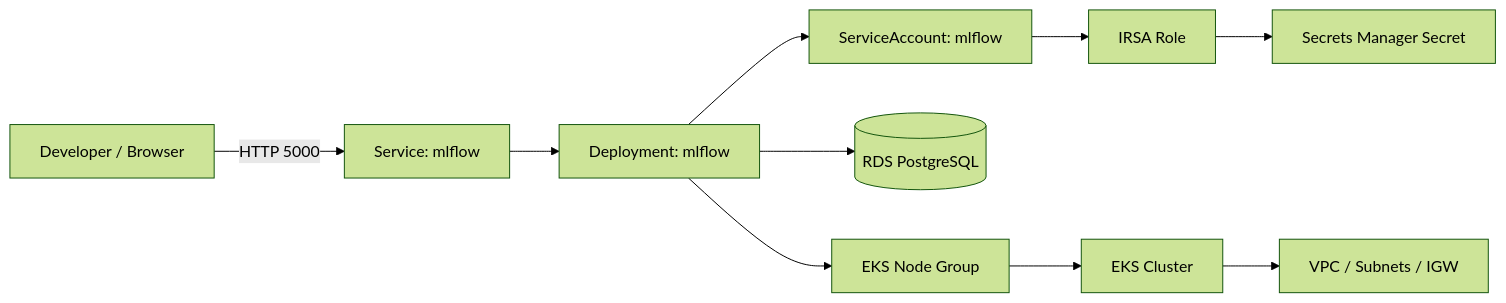
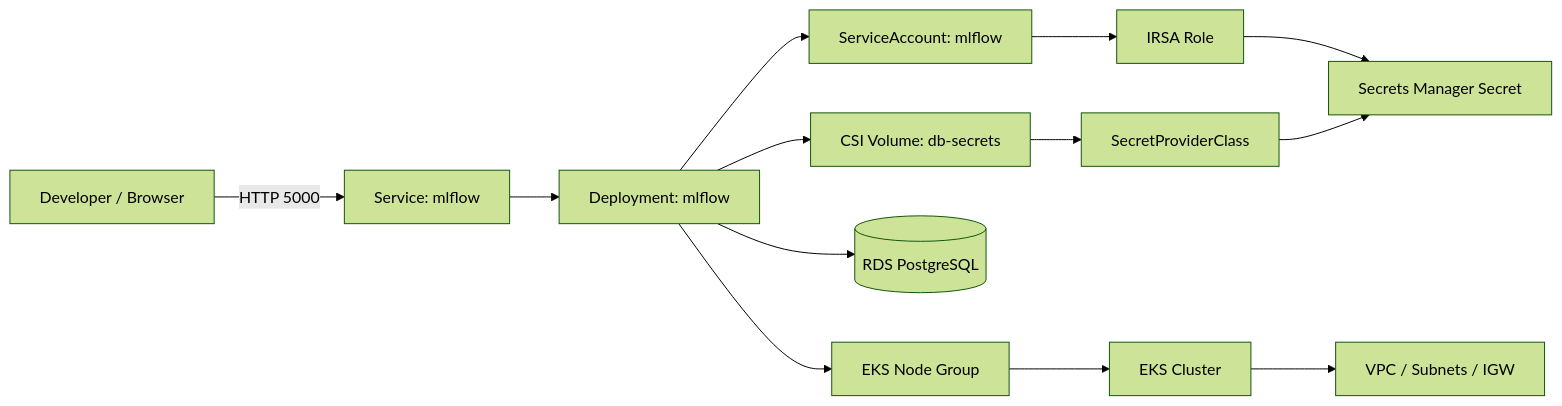
Before and after one commit to Harsha1309/mlflow: the diagram in README.md, drawn with Mermaid (forest theme). The commit also changed other lines of this file and 3 other files, not shown here.

Commit message:
Added secret provider and deployed mlflow

````diff
--- a/README.md
+++ b/README.md
@@ -16,12 +17,15 @@
 ```mermaid
 flowchart LR
     User[Developer / Browser] -->|HTTP 5000| Service[Service: mlflow]
     Service --> Deployment[Deployment: mlflow]
     Deployment --> SA[ServiceAccount: mlflow]
     SA --> IRSA[IRSA Role]
     IRSA --> SM[Secrets Manager Secret]
+    Deployment --> CSI[CSI Volume: db-secrets]
+    CSI --> SPC[SecretProviderClass]
+    SPC --> SM
     Deployment --> RDS[(RDS PostgreSQL)]
     Deployment --> EKS[EKS Node Group]
     EKS --> Cluster[EKS Cluster]
     Cluster --> VPC[VPC / Subnets / IGW]
 ```
````
